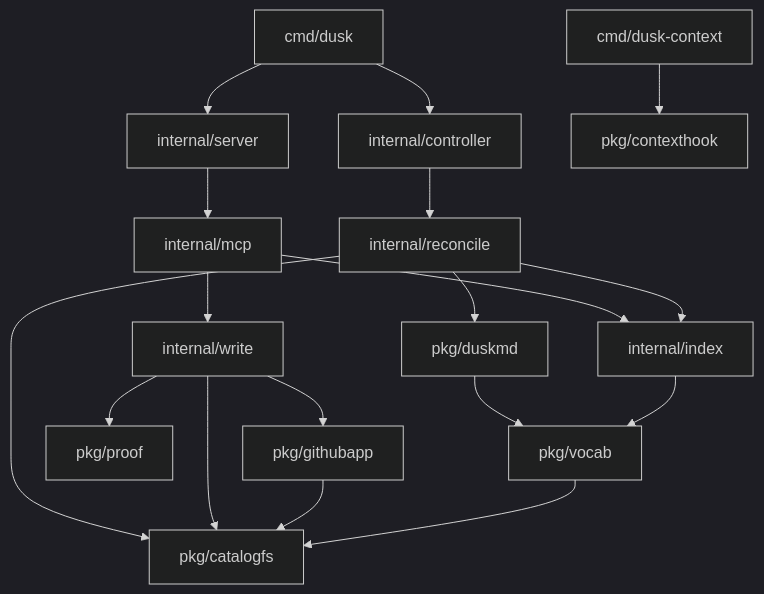
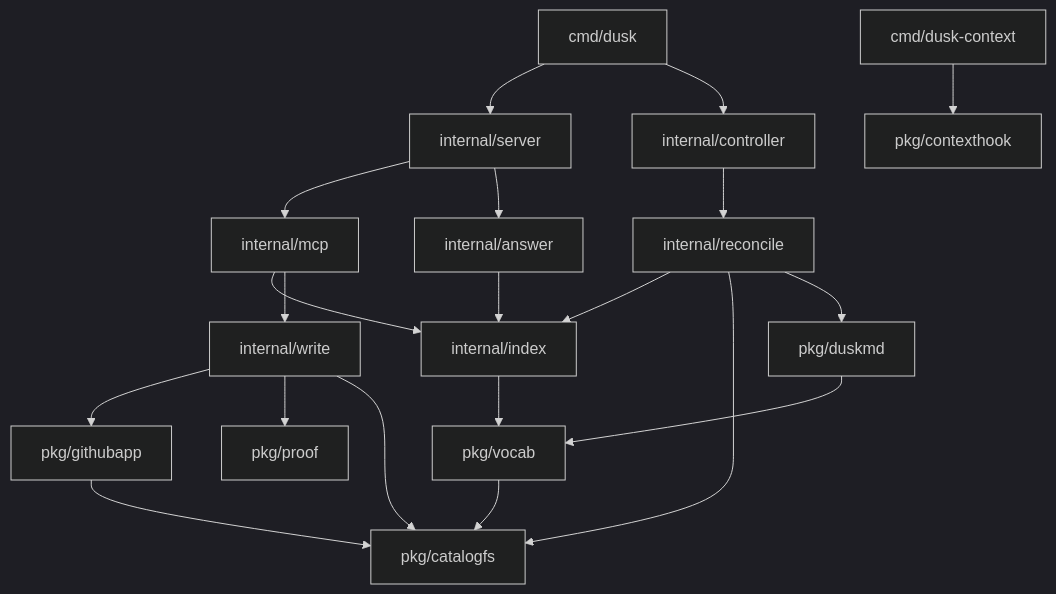
One commit to NerdsWhoFish/dusk changed the diagram in docs/packages.md. Above: the diagram before and after it, drawn with Mermaid (dark theme). The commit also changed other lines of this file and 21 other files, not shown here.

````diff
--- a/docs/packages.md
+++ b/docs/packages.md
@@ -26,20 +26,22 @@
 ```mermaid
 graph TD
   CMD["cmd/dusk"] --> SRV["internal/server"]
   CMD --> CTL["internal/controller"]
   HOOK["cmd/dusk-context"] --> CTX["pkg/contexthook"]
   SRV --> MCP["internal/mcp"]
+  SRV --> ANS["internal/answer"]
   CTL --> REC["internal/reconcile"]
   MCP --> IDX["internal/index"]
+  ANS --> IDX
   MCP --> WRI["internal/write"]
   REC --> IDX
   REC --> CFS["pkg/catalogfs"]
   REC --> MD["pkg/duskmd"]
   WRI --> GH["pkg/githubapp"]
   WRI --> PRF["pkg/proof"]
   WRI --> CFS
   GH --> CFS
   MD --> VOC["pkg/vocab"]
   IDX --> VOC
   VOC --> CFS
 ```
````
